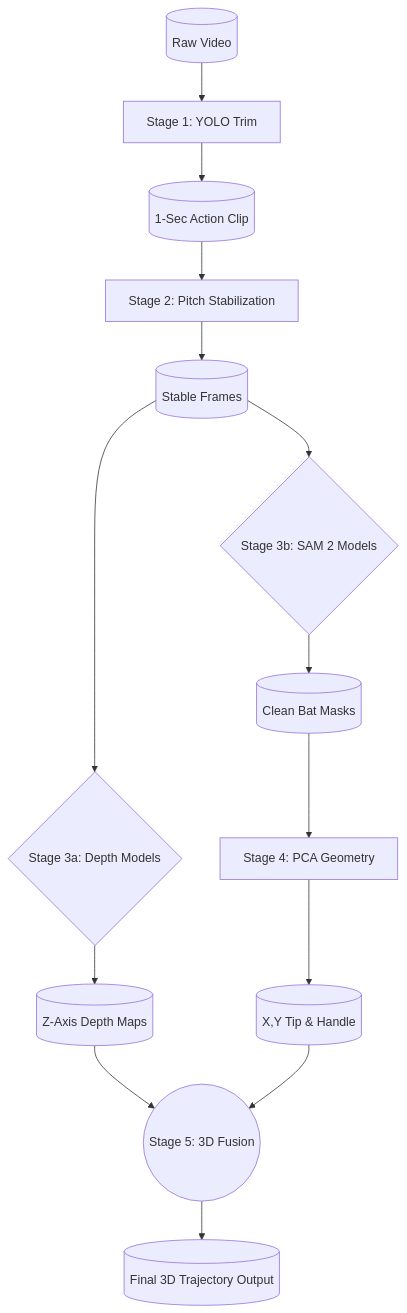
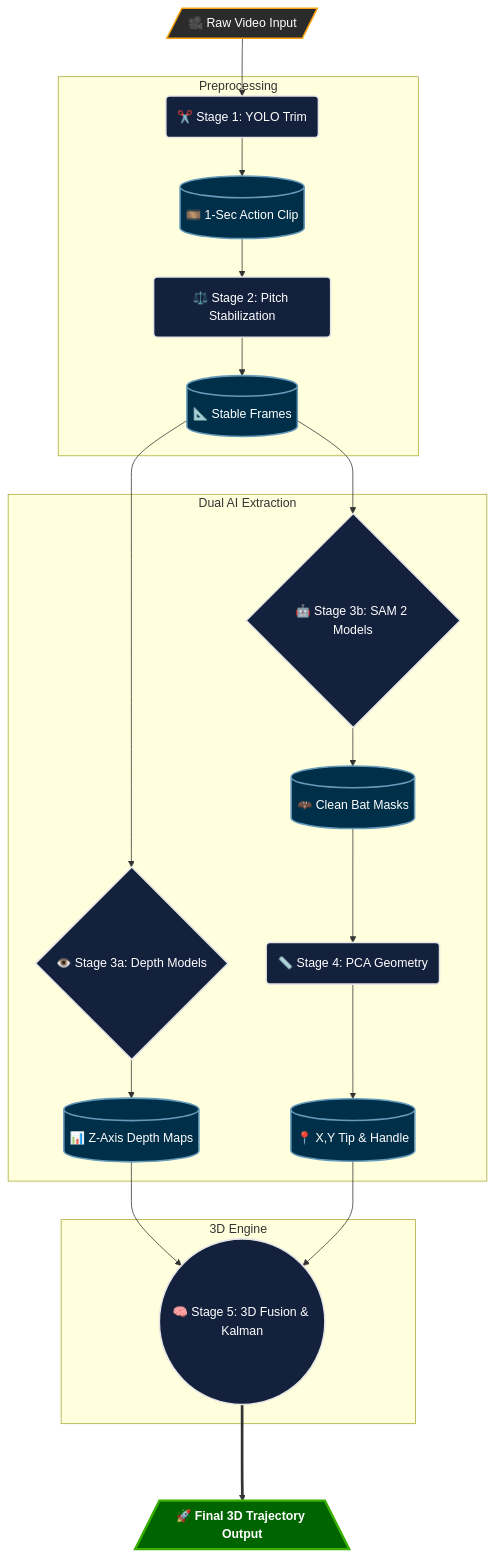
Before and after one commit to adnanmsk/blog_privew: the first of 2 diagrams in pipeline_diagrams.md, drawn with Mermaid. The commit also changed other lines of this file, not shown here.

Commit message:
Upgrade pipeline diagrams with premium CSS styling and emojis

````diff
--- a/pipeline_diagrams.md
+++ b/pipeline_diagrams.md
@@ -56,22 +10,37 @@
 ```mermaid
 flowchart TD
-    Vid[(Raw Video)] --> S1[Stage 1: YOLO Trim]
-    S1 --> Clip[(1-Sec Action Clip)]
+    %% Custom Styles
+    classDef input fill:#2b2b2b,stroke:#fca311,stroke-width:2px,color:#fff,rx:10px,ry:10px;
+    classDef stage fill:#14213d,stroke:#e5e5e5,stroke-width:2px,color:#fff,rx:5px,ry:5px;
+    classDef data fill:#003049,stroke:#669bbc,stroke-width:2px,color:#fff,rx:15px,ry:15px;
+    classDef output fill:#006400,stroke:#38b000,stroke-width:3px,color:#fff,rx:10px,ry:10px,font-weight:bold;
+
+    Vid[/"🎥 Raw Video Input"/]:::input --> S1
     
-    Clip --> S2[Stage 2: Pitch Stabilization]
-    S2 --> Stable[(Stable Frames)]
+    subgraph Preprocessing
+    S1("✂️ Stage 1: YOLO Trim"):::stage --> Clip[("🎞️ 1-Sec Action Clip")]:::data
+    Clip --> S2("⚖️ Stage 2: Pitch Stabilization"):::stage
+    S2 --> Stable[("📐 Stable Frames")]:::data
+    end
     
-    Stable --> S3A{Stage 3a: Depth Models}
-    Stable --> S3B{Stage 3b: SAM 2 Models}
+    Stable --> S3A
+    Stable --> S3B
+
+    subgraph Dual AI Extraction
+    S3A{"👁️ Stage 3a: Depth Models"}:::stage
+    S3B{"🤖 Stage 3b: SAM 2 Models"}:::stage
+    S3A --> ZData[("📊 Z-Axis Depth Maps")]:::data
+    S3B --> Mask[("🦇 Clean Bat Masks")]:::data
+    Mask --> S4("📏 Stage 4: PCA Geometry"):::stage
+    S4 --> XYData[("📍 X,Y Tip & Handle")]:::data
+    end
     
-    S3A --> ZData[(Z-Axis Depth Maps)]
-    S3B --> Mask[(Clean Bat Masks)]
+    ZData --> S5
+    XYData --> S5
+
+    subgraph 3D Engine
+    S5(("🧠 Stage 5: 3D Fusion & Kalman")):::stage
+    end
     
-    Mask --> S4[Stage 4: PCA Geometry]
-    S4 --> XYData[(X,Y Tip & Handle)]
-    
-    ZData --> S5((Stage 5: 3D Fusion))
-    XYData --> S5((Stage 5: 3D Fusion))
-    
-    S5 --> Out[(Final 3D Trajectory Output)]
+    S5 ===> Out[/"🚀 Final 3D Trajectory Output"\]:::output
 ```
````
